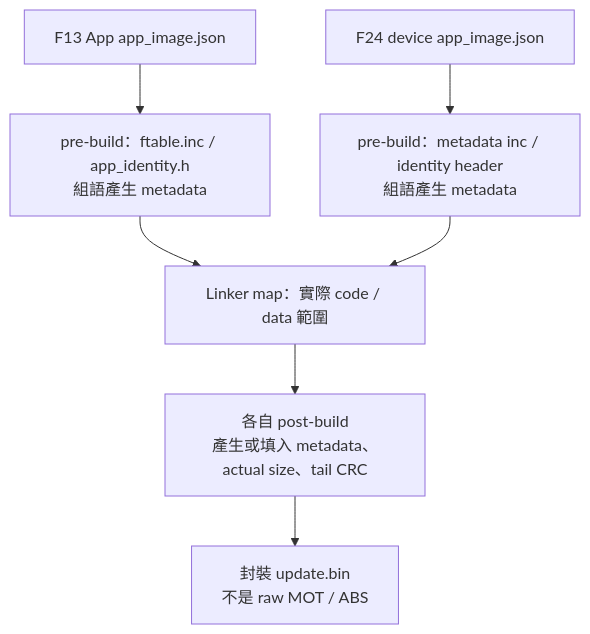
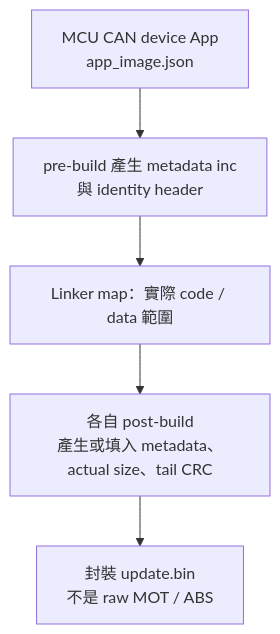
Before and after one commit to released/slide_boot_loader_for_RL78: the fourth of 8 diagrams in index.md, drawn with Mermaid. The commit also changed other lines of this file and 1 other file, not shown here.

````diff
--- a/index.md
+++ b/index.md
@@ -256,9 +338,7 @@
 ```mermaid
 flowchart TD
-    F13["F13 App app_image.json"] --> P13["pre-build：ftable.inc / app_identity.h<br/>組語產生 metadata"]
-    F24["F24 device app_image.json"] --> P24["pre-build：metadata inc / identity header<br/>組語產生 metadata"]
-    P13 --> LINK["Linker map：實際 code / data 範圍"]
-    P24 --> LINK
+    JSON["MCU CAN device App<br/>app_image.json"] --> PRE["pre-build 產生 metadata inc<br/>與 identity header"]
+    PRE --> LINK["Linker map：實際 code / data 範圍"]
     LINK --> PACK["各自 post-build<br/>產生或填入 metadata、actual size、tail CRC"]
     PACK --> BIN["封裝 update.bin<br/>不是 raw MOT / ABS"]
 ```
````
